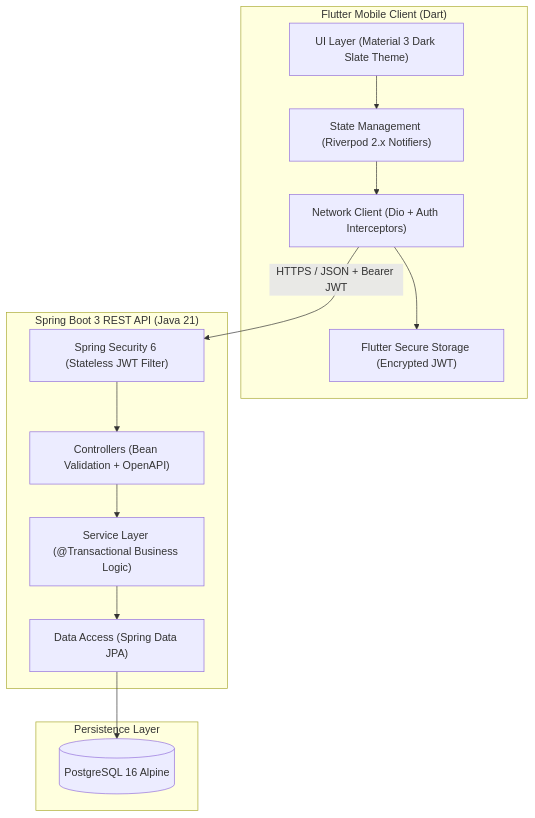
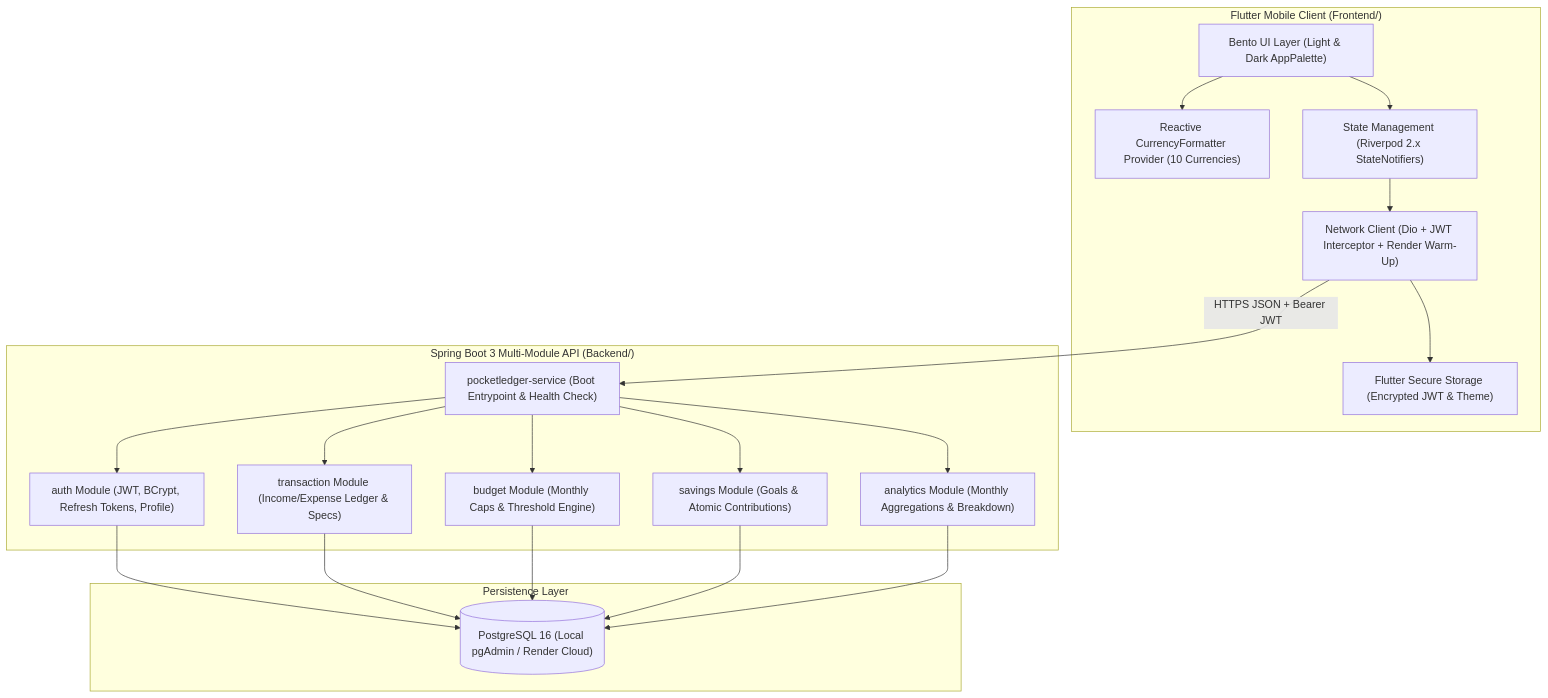
Before and after one commit to mesho254/PocketLedger: the first of 2 diagrams in README.md, drawn with Mermaid. The commit also changed other lines of this file and 14 other files, not shown here.

Commit message:
feat: initialize Flutter frontend with API client, constants, and documentation

````diff
--- a/README.md
+++ b/README.md
@@ -16,31 +70,41 @@
 ```mermaid
 graph TD
-    subgraph Mobile ["Flutter Mobile Client (Dart)"]
-        UI["UI Layer (Material 3 Dark Slate Theme)"]
-        State["State Management (Riverpod 2.x Notifiers)"]
-        Client["Network Client (Dio + Auth Interceptors)"]
-        Storage["Flutter Secure Storage (Encrypted JWT)"]
-        
+    subgraph Mobile ["Flutter Mobile Client (Frontend/)"]
+        UI["Bento UI Layer (Light & Dark AppPalette)"]
+        Currency["Reactive CurrencyFormatter Provider (10 Currencies)"]
+        State["State Management (Riverpod 2.x StateNotifiers)"]
+        Client["Network Client (Dio + JWT Interceptor + Render Warm-Up)"]
+        Storage["Flutter Secure Storage (Encrypted JWT & Theme)"]
+
         UI --> State
+        UI --> Currency
         State --> Client
         Client --> Storage
     end
 
-    subgraph Backend ["Spring Boot 3 REST API (Java 21)"]
-        Security["Spring Security 6 (Stateless JWT Filter)"]
-        Controllers["Controllers (Bean Validation + OpenAPI)"]
-        Services["Service Layer (@Transactional Business Logic)"]
-        Repos["Data Access (Spring Data JPA)"]
-        
-        Security --> Controllers
-        Controllers --> Services
-        Services --> Repos
+    subgraph Backend ["Spring Boot 3 Multi-Module API (Backend/)"]
+        ServiceMod["pocketledger-service (Boot Entrypoint & Health Check)"]
+        AuthMod["auth Module (JWT, BCrypt, Refresh Tokens, Profile)"]
+        TxMod["transaction Module (Income/Expense Ledger & Specs)"]
+        BudgetMod["budget Module (Monthly Caps & Threshold Engine)"]
+        SavingsMod["savings Module (Goals & Atomic Contributions)"]
+        AnalyticsMod["analytics Module (Monthly Aggregations & Breakdown)"]
+
+        ServiceMod --> AuthMod
+        ServiceMod --> TxMod
+        ServiceMod --> BudgetMod
+        ServiceMod --> SavingsMod
+        ServiceMod --> AnalyticsMod
     end
 
     subgraph Database ["Persistence Layer"]
-        PG[("PostgreSQL 16 Alpine")]
-        Repos --> PG
+        PG[("PostgreSQL 16 (Local pgAdmin / Render Cloud)")]
+        AuthMod --> PG
+        TxMod --> PG
+        BudgetMod --> PG
+        SavingsMod --> PG
+        AnalyticsMod --> PG
     end
 
-    Client -->|HTTPS / JSON + Bearer JWT| Security
+    Client -->|HTTPS JSON + Bearer JWT| ServiceMod
 ```
````
